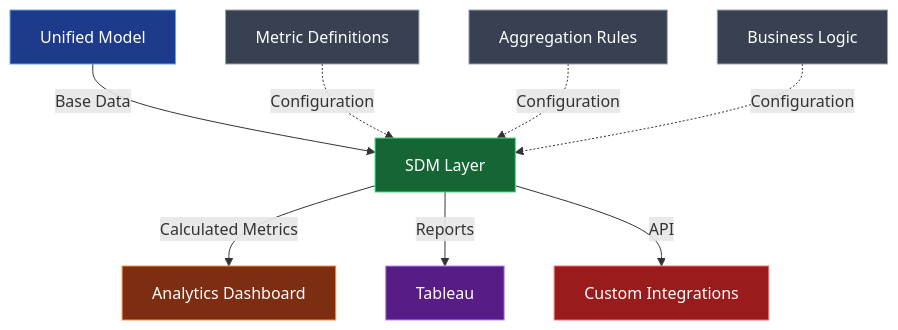
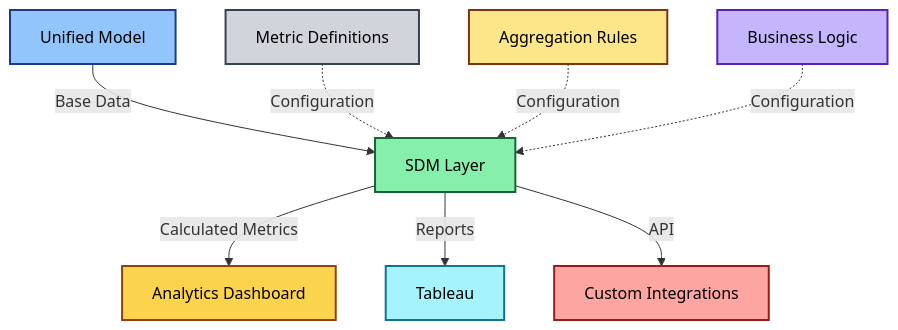
One commit to arupsarkar-sfdc/Misc changed the fifth of 6 diagrams in agentforce/observability/README_Agentforce_Observability_Data_Models.md. Above: the diagram before and after it, drawn with Mermaid. The commit also changed other lines of this file and 2 other files, not shown here.

Commit message:
Add consolidated Agentforce Observability technical documentation

````diff
--- a/agentforce/observability/README_Agentforce_Observability_Data_Models.md
+++ b/agentforce/observability/README_Agentforce_Observability_Data_Models.md
@@ -597,20 +597,20 @@
 ```mermaid
 graph TD
     A[Unified Model] -->|Base Data| B[SDM Layer]
     B -->|Calculated Metrics| C[Analytics Dashboard]
     B -->|Reports| D[Tableau]
     B -->|API| E[Custom Integrations]
     
     F[Metric Definitions] -.->|Configuration| B
     G[Aggregation Rules] -.->|Configuration| B
     H[Business Logic] -.->|Configuration| B
     
-    style A fill:#1e3a8a,stroke:#60a5fa,color:#ffffff
-    style B fill:#166534,stroke:#4ade80,color:#ffffff
-    style C fill:#7c2d12,stroke:#fb923c,color:#ffffff
-    style D fill:#581c87,stroke:#c084fc,color:#ffffff
-    style E fill:#991b1b,stroke:#f87171,color:#ffffff
-    style F fill:#374151,stroke:#9ca3af,color:#ffffff
-    style G fill:#374151,stroke:#9ca3af,color:#ffffff
-    style H fill:#374151,stroke:#9ca3af,color:#ffffff
+    style A fill:#93c5fd,stroke:#1e3a8a,stroke-width:2px,color:#000
+    style B fill:#86efac,stroke:#166534,stroke-width:2px,color:#000
+    style C fill:#fcd34d,stroke:#92400e,stroke-width:2px,color:#000
+    style D fill:#a5f3fc,stroke:#0e7490,stroke-width:2px,color:#000
+    style E fill:#fca5a1,stroke:#991b1b,stroke-width:2px,color:#000
+    style F fill:#d1d5db,stroke:#374151,stroke-width:2px,color:#000
+    style G fill:#fde68a,stroke:#78350f,stroke-width:2px,color:#000
+    style H fill:#c4b5fd,stroke:#5b21b6,stroke-width:2px,color:#000
 ```
````
